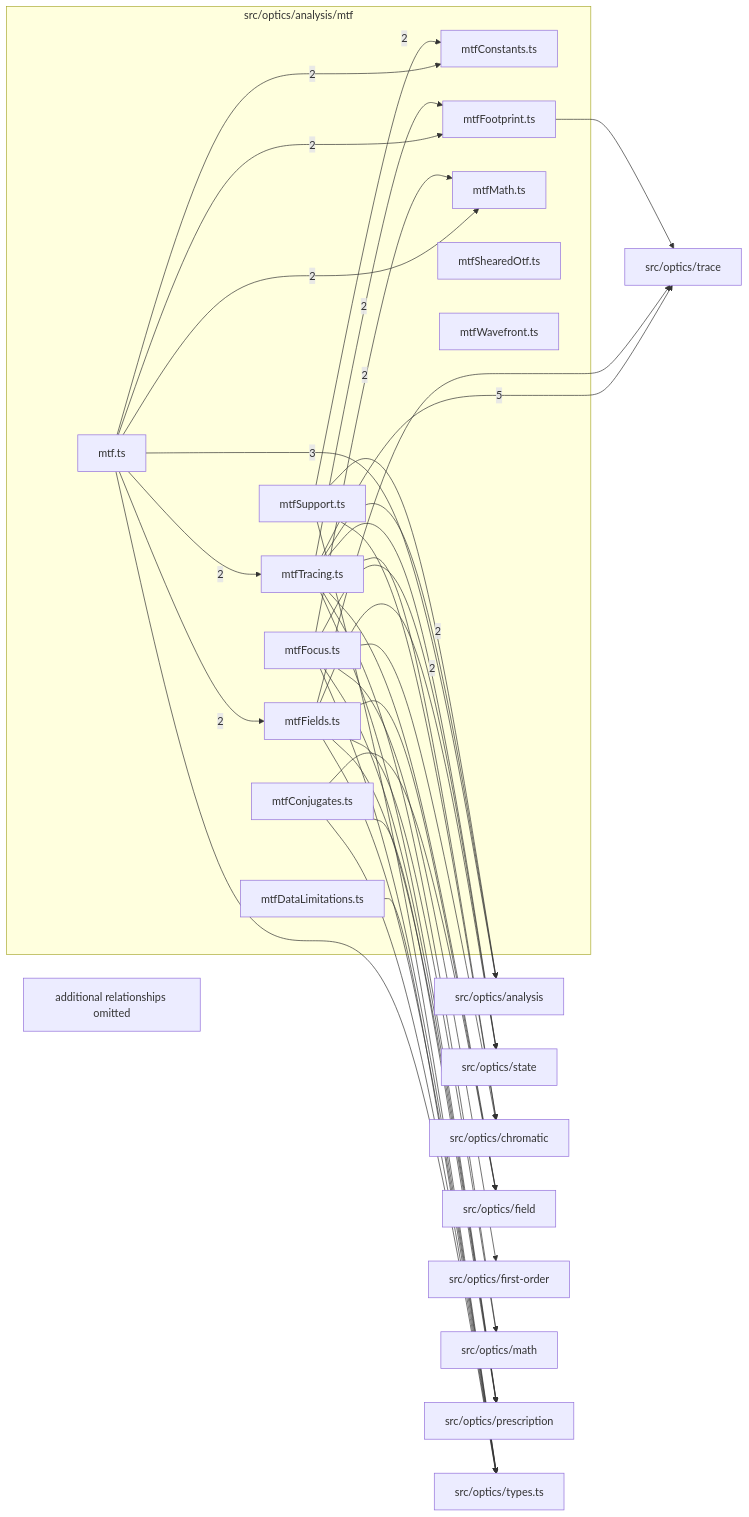
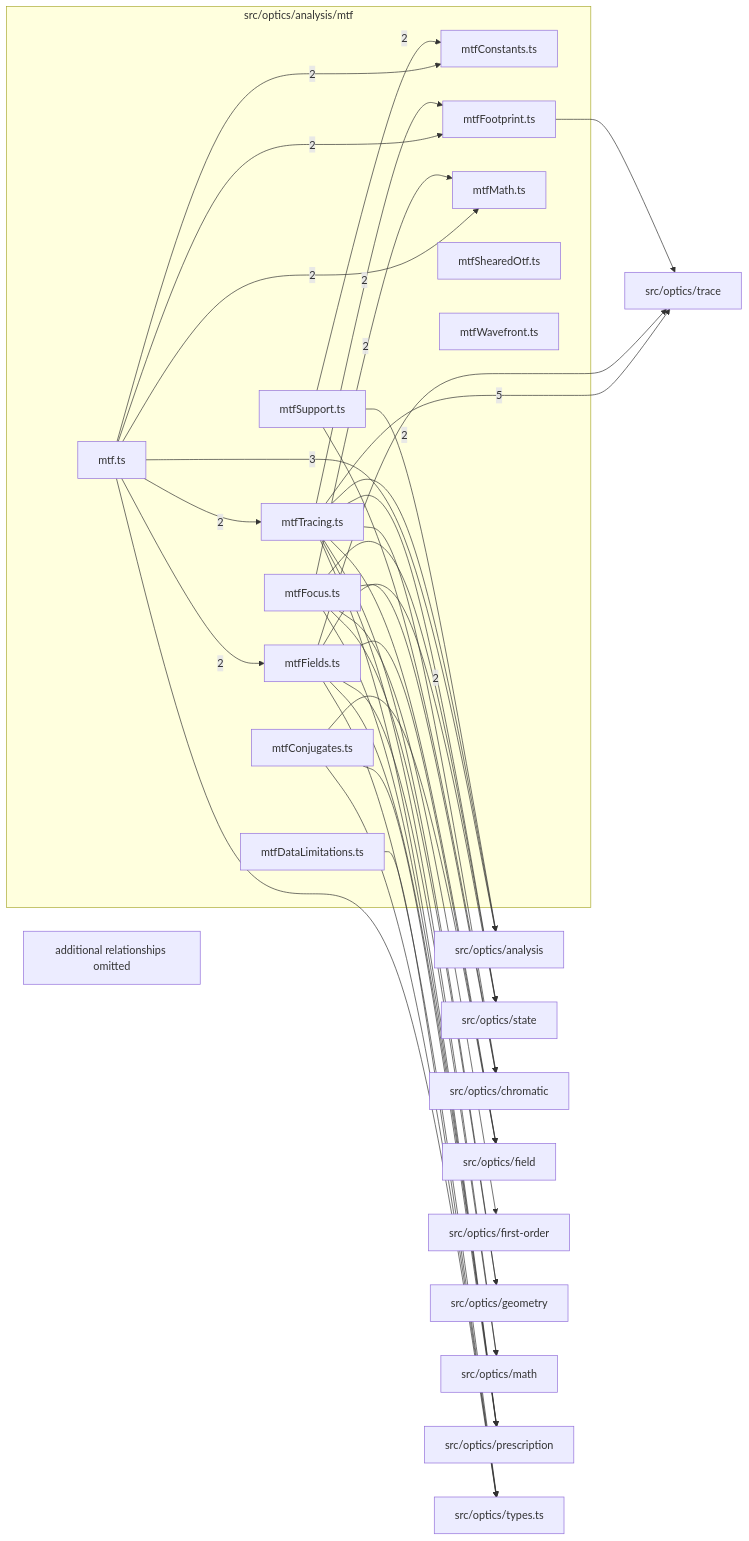
One commit to ronbuening/LensVisualizer changed the diagram in src/optics/analysis/mtf/readme.md. Above: the diagram before and after it, drawn with Mermaid. The commit also changed other lines of this file and 57 other files, not shown here.

````diff
--- a/src/optics/analysis/mtf/readme.md
+++ b/src/optics/analysis/mtf/readme.md
@@ -9,63 +9,64 @@
 ```mermaid
 flowchart LR
   subgraph n_src_optics_analysis_mtf["src/optics/analysis/mtf"]
     n_src_optics_analysis_mtf_src_optics_analysis_mtf_mtf_ts["mtf.ts"]
     n_src_optics_analysis_mtf_src_optics_analysis_mtf_mtfConjugates_ts["mtfConjugates.ts"]
     n_src_optics_analysis_mtf_src_optics_analysis_mtf_mtfConstants_ts["mtfConstants.ts"]
     n_src_optics_analysis_mtf_src_optics_analysis_mtf_mtfDataLimitations_ts["mtfDataLimitations.ts"]
     n_src_optics_analysis_mtf_src_optics_analysis_mtf_mtfFields_ts["mtfFields.ts"]
     n_src_optics_analysis_mtf_src_optics_analysis_mtf_mtfFocus_ts["mtfFocus.ts"]
     n_src_optics_analysis_mtf_src_optics_analysis_mtf_mtfFootprint_ts["mtfFootprint.ts"]
     n_src_optics_analysis_mtf_src_optics_analysis_mtf_mtfMath_ts["mtfMath.ts"]
     n_src_optics_analysis_mtf_src_optics_analysis_mtf_mtfShearedOtf_ts["mtfShearedOtf.ts"]
     n_src_optics_analysis_mtf_src_optics_analysis_mtf_mtfSupport_ts["mtfSupport.ts"]
     n_src_optics_analysis_mtf_src_optics_analysis_mtf_mtfTracing_ts["mtfTracing.ts"]
     n_src_optics_analysis_mtf_src_optics_analysis_mtf_mtfWavefront_ts["mtfWavefront.ts"]
   end
   n_external_src_optics_trace["src/optics/trace"]
   n_external_src_optics_analysis["src/optics/analysis"]
   n_external_src_optics_state["src/optics/state"]
   n_external_src_optics_chromatic["src/optics/chromatic"]
   n_external_src_optics_field["src/optics/field"]
   n_external_src_optics_first_order["src/optics/first-order"]
+  n_external_src_optics_geometry["src/optics/geometry"]
   n_external_src_optics_math["src/optics/math"]
   n_external_src_optics_prescription["src/optics/prescription"]
   n_external_src_optics_types_ts["src/optics/types.ts"]
   n_src_optics_analysis_mtf_src_optics_analysis_mtf_mtfTracing_ts --> |5| n_external_src_optics_trace
   n_src_optics_analysis_mtf_src_optics_analysis_mtf_mtf_ts --> |3| n_external_src_optics_analysis
   n_src_optics_analysis_mtf_src_optics_analysis_mtf_mtfTracing_ts --> |2| n_external_src_optics_analysis
   n_src_optics_analysis_mtf_src_optics_analysis_mtf_mtfFields_ts --> |2| n_external_src_optics_state
   n_src_optics_analysis_mtf_src_optics_analysis_mtf_mtf_ts --> |2| n_src_optics_analysis_mtf_src_optics_analysis_mtf_mtfConstants_ts
   n_src_optics_analysis_mtf_src_optics_analysis_mtf_mtfSupport_ts --> |2| n_src_optics_analysis_mtf_src_optics_analysis_mtf_mtfConstants_ts
   n_src_optics_analysis_mtf_src_optics_analysis_mtf_mtf_ts --> |2| n_src_optics_analysis_mtf_src_optics_analysis_mtf_mtfFields_ts
   n_src_optics_analysis_mtf_src_optics_analysis_mtf_mtf_ts --> |2| n_src_optics_analysis_mtf_src_optics_analysis_mtf_mtfFootprint_ts
   n_src_optics_analysis_mtf_src_optics_analysis_mtf_mtfTracing_ts --> |2| n_src_optics_analysis_mtf_src_optics_analysis_mtf_mtfFootprint_ts
   n_src_optics_analysis_mtf_src_optics_analysis_mtf_mtf_ts --> |2| n_src_optics_analysis_mtf_src_optics_analysis_mtf_mtfMath_ts
   n_src_optics_analysis_mtf_src_optics_analysis_mtf_mtfFocus_ts --> |2| n_src_optics_analysis_mtf_src_optics_analysis_mtf_mtfMath_ts
   n_src_optics_analysis_mtf_src_optics_analysis_mtf_mtf_ts --> |2| n_src_optics_analysis_mtf_src_optics_analysis_mtf_mtfTracing_ts
   n_src_optics_analysis_mtf_src_optics_analysis_mtf_mtfSupport_ts --> n_external_src_optics_analysis
   n_src_optics_analysis_mtf_src_optics_analysis_mtf_mtfFocus_ts --> n_external_src_optics_chromatic
   n_src_optics_analysis_mtf_src_optics_analysis_mtf_mtfSupport_ts --> n_external_src_optics_chromatic
   n_src_optics_analysis_mtf_src_optics_analysis_mtf_mtfTracing_ts --> n_external_src_optics_chromatic
   n_src_optics_analysis_mtf_src_optics_analysis_mtf_mtfConjugates_ts --> n_external_src_optics_field
   n_src_optics_analysis_mtf_src_optics_analysis_mtf_mtfFields_ts --> n_external_src_optics_field
   n_src_optics_analysis_mtf_src_optics_analysis_mtf_mtfTracing_ts --> n_external_src_optics_field
   n_src_optics_analysis_mtf_src_optics_analysis_mtf_mtfFocus_ts --> n_external_src_optics_first_order
+  n_src_optics_analysis_mtf_src_optics_analysis_mtf_mtfFocus_ts --> n_external_src_optics_geometry
+  n_src_optics_analysis_mtf_src_optics_analysis_mtf_mtfTracing_ts --> n_external_src_optics_geometry
   n_src_optics_analysis_mtf_src_optics_analysis_mtf_mtfFields_ts --> n_external_src_optics_math
   n_src_optics_analysis_mtf_src_optics_analysis_mtf_mtfTracing_ts --> n_external_src_optics_math
   n_src_optics_analysis_mtf_src_optics_analysis_mtf_mtfConjugates_ts --> n_external_src_optics_prescription
   n_src_optics_analysis_mtf_src_optics_analysis_mtf_mtfFields_ts --> n_external_src_optics_prescription
   n_src_optics_analysis_mtf_src_optics_analysis_mtf_mtfFocus_ts --> n_external_src_optics_prescription
   n_src_optics_analysis_mtf_src_optics_analysis_mtf_mtfTracing_ts --> n_external_src_optics_prescription
   n_src_optics_analysis_mtf_src_optics_analysis_mtf_mtfFocus_ts --> n_external_src_optics_state
   n_src_optics_analysis_mtf_src_optics_analysis_mtf_mtfTracing_ts --> n_external_src_optics_state
   n_src_optics_analysis_mtf_src_optics_analysis_mtf_mtfFields_ts --> n_external_src_optics_trace
   n_src_optics_analysis_mtf_src_optics_analysis_mtf_mtfFootprint_ts --> n_external_src_optics_trace
   n_src_optics_analysis_mtf_src_optics_analysis_mtf_mtf_ts --> n_external_src_optics_types_ts
   n_src_optics_analysis_mtf_src_optics_analysis_mtf_mtfConjugates_ts --> n_external_src_optics_types_ts
   n_src_optics_analysis_mtf_src_optics_analysis_mtf_mtfDataLimitations_ts --> n_external_src_optics_types_ts
   n_src_optics_analysis_mtf_src_optics_analysis_mtf_mtfFields_ts --> n_external_src_optics_types_ts
-  n_src_optics_analysis_mtf_src_optics_analysis_mtf_mtfFocus_ts --> n_external_src_optics_types_ts
-  n_src_optics_analysis_mtf_src_optics_analysis_mtf_mtfSupport_ts --> n_external_src_optics_types_ts
   n_src_optics_analysis_mtf_truncated["additional relationships omitted"]
 ```
````
